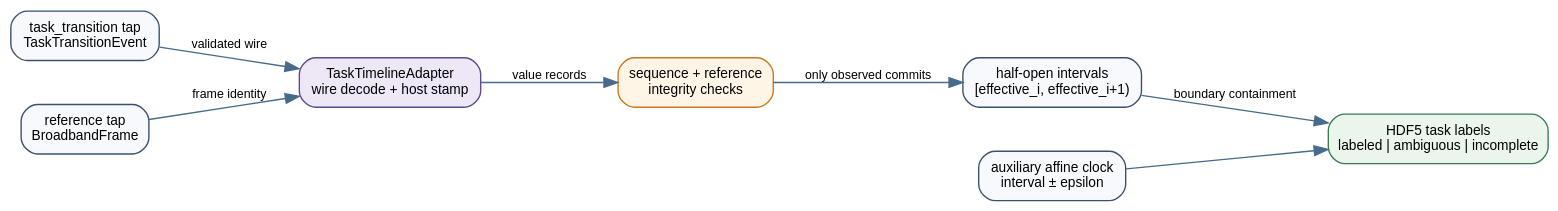
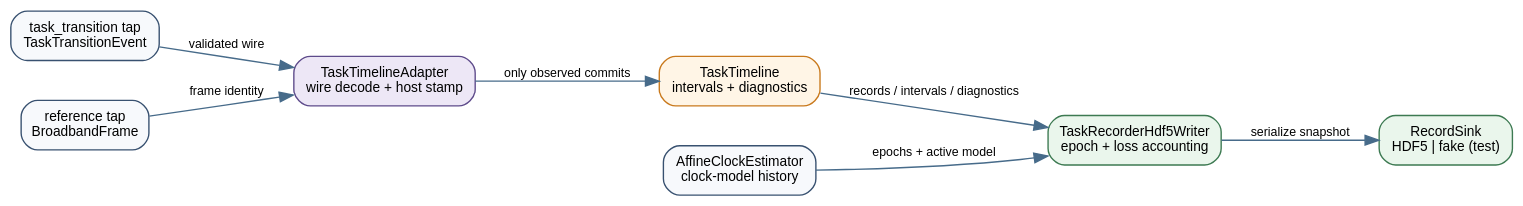
The diagram in apps/stateful-decode-and-sync/docs/task-recorder-timeline.dot (Neuro-Mechatronics-Interfaces/ScienceXYZ), drawn with Graphviz before and after one commit. The commit also changed 10 other files, not shown here.

```diff
--- a/apps/stateful-decode-and-sync/docs/task-recorder-timeline.dot
+++ b/apps/stateful-decode-and-sync/docs/task-recorder-timeline.dot
@@ -1,21 +1,21 @@
 digraph task_recorder_timeline {
-  graph [rankdir=LR, bgcolor="transparent", pad="0.15", nodesep="0.45", ranksep="0.6"];
+  graph [rankdir=LR, bgcolor="transparent", pad="0.15", nodesep="0.4", ranksep="0.55"];
   node [shape=box, style="rounded,filled", fontname="Arial", fontsize=10,
         color="#385170", fillcolor="#F7F9FC", margin="0.12,0.07"];
   edge [fontname="Arial", fontsize=9, color="#476B8A"];
 
   events [label="task_transition tap\nTaskTransitionEvent"];
   reference [label="reference tap\nBroadbandFrame"];
   adapter [label="TaskTimelineAdapter\nwire decode + host stamp", fillcolor="#EDE7F6", color="#5E4B8B"];
-  integrity [label="sequence + reference\nintegrity checks", fillcolor="#FFF5E6", color="#C9791C"];
-  intervals [label="half-open intervals\n[effective_i, effective_i+1)"];
-  clocks [label="auxiliary affine clock\ninterval ± epsilon"];
-  labels [label="HDF5 task labels\nlabeled | ambiguous | incomplete", fillcolor="#EAF6EC", color="#3D7A52"];
+  timeline [label="TaskTimeline\nintervals + diagnostics", fillcolor="#FFF5E6", color="#C9791C"];
+  clocks [label="AffineClockEstimator\nclock-model history"];
+  writer [label="TaskRecorderHdf5Writer\nepoch + loss accounting", fillcolor="#EAF6EC", color="#3D7A52"];
+  sink [label="RecordSink\nHDF5 | fake (test)", fillcolor="#EAF6EC", color="#3D7A52"];
 
   events -> adapter [label="validated wire"];
   reference -> adapter [label="frame identity"];
-  adapter -> integrity [label="value records"];
-  integrity -> intervals [label="only observed commits"];
-  clocks -> labels;
-  intervals -> labels [label="boundary containment"];
+  adapter -> timeline [label="only observed commits"];
+  timeline -> writer [label="records / intervals / diagnostics"];
+  clocks -> writer [label="epochs + active model"];
+  writer -> sink [label="serialize snapshot"];
 }
```
